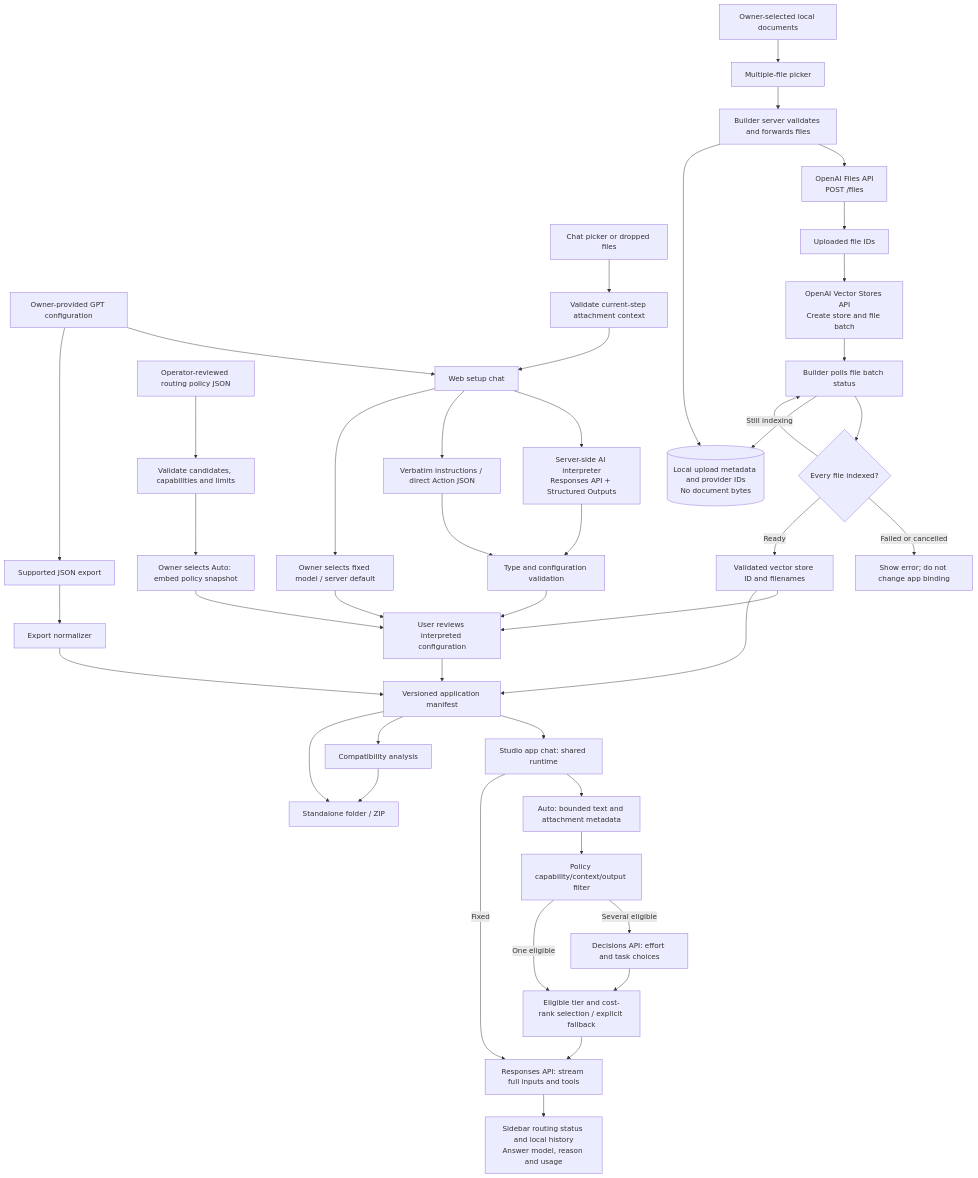
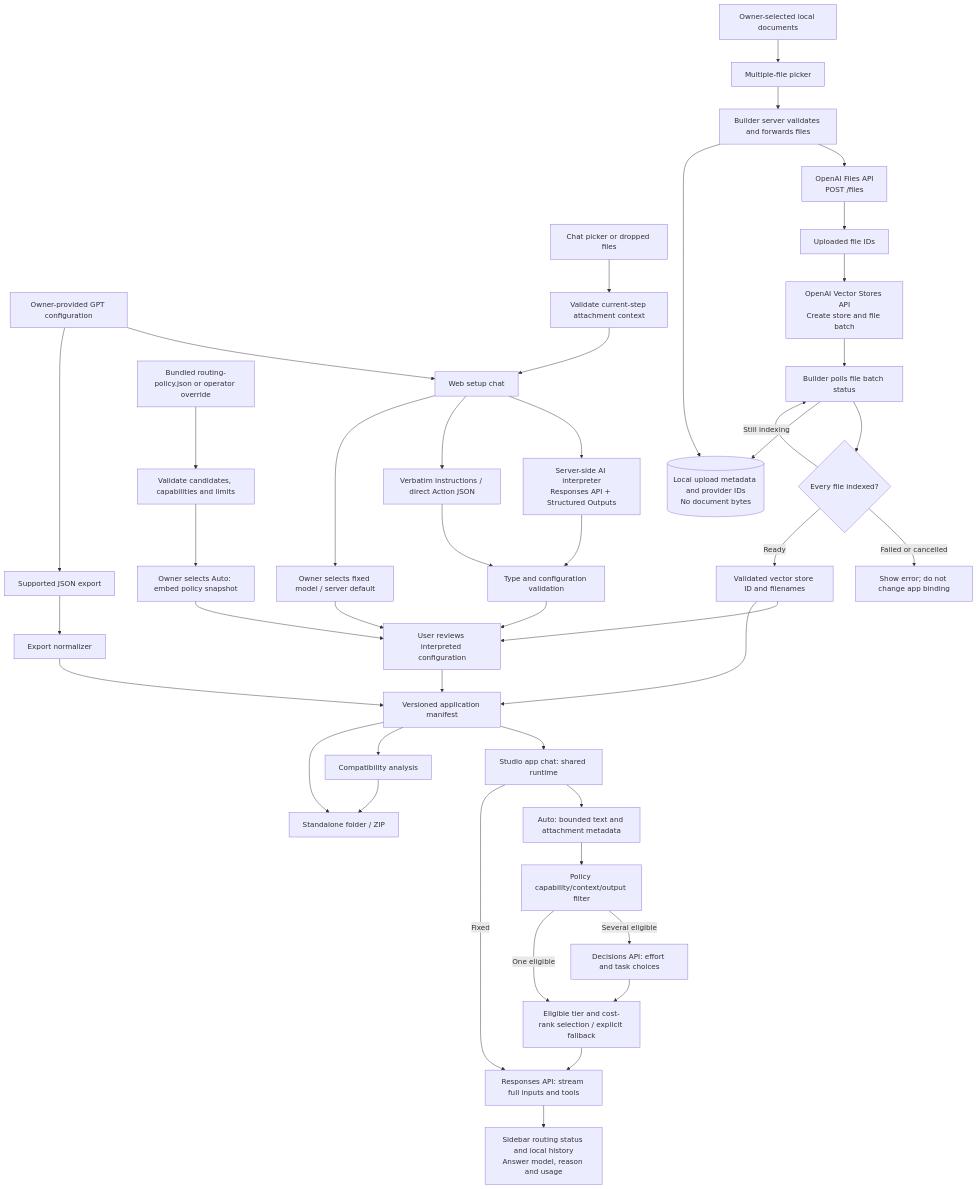
Before and after one commit to skarlekar/ai-app-studio: the first of 2 diagrams in README.md, drawn with Mermaid. The commit also changed other lines of this file and 6 other files, not shown here.

Commit message:
fix: load bundled routing policy in framework launchers

````diff
--- a/README.md
+++ b/README.md
@@ -502,46 +533,46 @@
 ```mermaid
 flowchart TD
     Owner[Owner-provided GPT configuration] --> Chat[Web setup chat]
     Owner --> Export[Supported JSON export]
     Context[Chat picker or dropped files] --> ChatFiles[Validate current-step attachment context]
     ChatFiles --> Chat
     Chat --> Interpreter[Server-side AI interpreter<br/>Responses API + Structured Outputs]
     Interpreter --> Validation[Type and configuration validation]
     Chat --> Verbatim[Verbatim instructions / direct Action JSON]
     Verbatim --> Validation
     Export --> Importer[Export normalizer]
     Importer --> Spec[Versioned application manifest]
     Validation --> Review[User reviews interpreted configuration]
-    Policy[Operator-reviewed routing policy JSON] --> PolicyCheck[Validate candidates, capabilities and limits]
+    Policy[Bundled routing-policy.json or operator override] --> PolicyCheck[Validate candidates, capabilities and limits]
     PolicyCheck --> Auto[Owner selects Auto: embed policy snapshot]
     Auto --> Review
     Chat --> Fixed[Owner selects fixed model / server default]
     Fixed --> Review
     Documents[Owner-selected local documents] --> Picker[Multiple-file picker]
     Picker --> Uploader[Builder server validates and forwards files]
     Uploader --> FilesAPI[OpenAI Files API<br/>POST /files]
     FilesAPI --> FileIDs[Uploaded file IDs]
     FileIDs --> Indexer[OpenAI Vector Stores API<br/>Create store and file batch]
     Indexer --> Poll[Builder polls file batch status]
     Poll --> Ready{Every file indexed?}
     Ready -->|Still indexing| Poll
     Ready -->|Failed or cancelled| Failure[Show error; do not change app binding]
     Ready -->|Ready| Binding[Validated vector store ID and filenames]
     Binding --> Review
     Binding --> Spec
     Uploader --> Metadata[(Local upload metadata and provider IDs<br/>No document bytes)]
     Poll --> Metadata
     Review --> Spec
     Spec --> Studio[Studio app chat: shared runtime]
     Studio --> Evidence[Auto: bounded text and attachment metadata]
     Evidence --> Filter[Policy capability/context/output filter]
     Filter -->|Several eligible| Decisions[Decisions API: effort and task choices]
     Filter -->|One eligible| Select
     Decisions --> Select[Eligible tier and cost-rank selection / explicit fallback]
     Studio -->|Fixed| Answer[Responses API: stream full inputs and tools]
     Select --> Answer
     Answer --> Status[Sidebar routing status and local history<br/>Answer model, reason and usage]
     Spec --> Report[Compatibility analysis]
     Spec --> Package[Standalone folder / ZIP]
     Report --> Package
 ```
````
